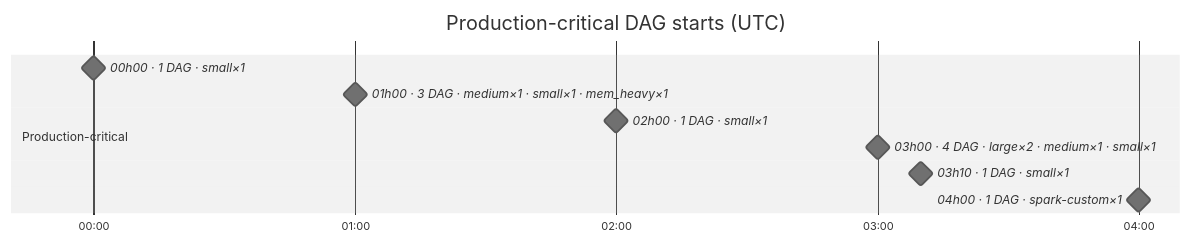
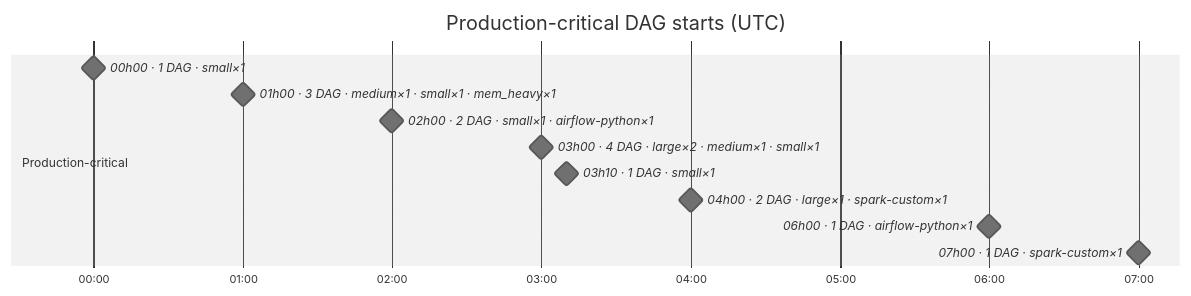
Before and after one commit to DayMarket/ml-feature-platform: the second of 7 diagrams in docs/feature_platform_map.md, drawn with Mermaid (neutral theme). The commit also changed other lines of this file and 19 other files, not shown here.

````diff
--- a/docs/feature_platform_map.md
+++ b/docs/feature_platform_map.md
@@ -97,14 +112,16 @@
 ```mermaid
 gantt
     title Production-critical DAG starts (UTC)
     dateFormat HH:mm
     axisFormat %H:%M
     tickInterval 1hour
     section Production-critical
     00h00 · 1 DAG · small×1 :milestone, s0_0000, 00:00, 0m
     01h00 · 3 DAG · medium×1 · small×1 · mem_heavy×1 :milestone, s0_0060, 01:00, 0m
-    02h00 · 1 DAG · small×1 :milestone, s0_0120, 02:00, 0m
+    02h00 · 2 DAG · small×1 · airflow-python×1 :milestone, s0_0120, 02:00, 0m
     03h00 · 4 DAG · large×2 · medium×1 · small×1 :milestone, s0_0180, 03:00, 0m
     03h10 · 1 DAG · small×1 :milestone, s0_0190, 03:10, 0m
-    04h00 · 1 DAG · spark-custom×1 :milestone, s0_0240, 04:00, 0m
+    04h00 · 2 DAG · large×1 · spark-custom×1 :milestone, s0_0240, 04:00, 0m
+    06h00 · 1 DAG · airflow-python×1 :milestone, s0_0360, 06:00, 0m
+    07h00 · 1 DAG · spark-custom×1 :milestone, s0_0420, 07:00, 0m
 ```
````
